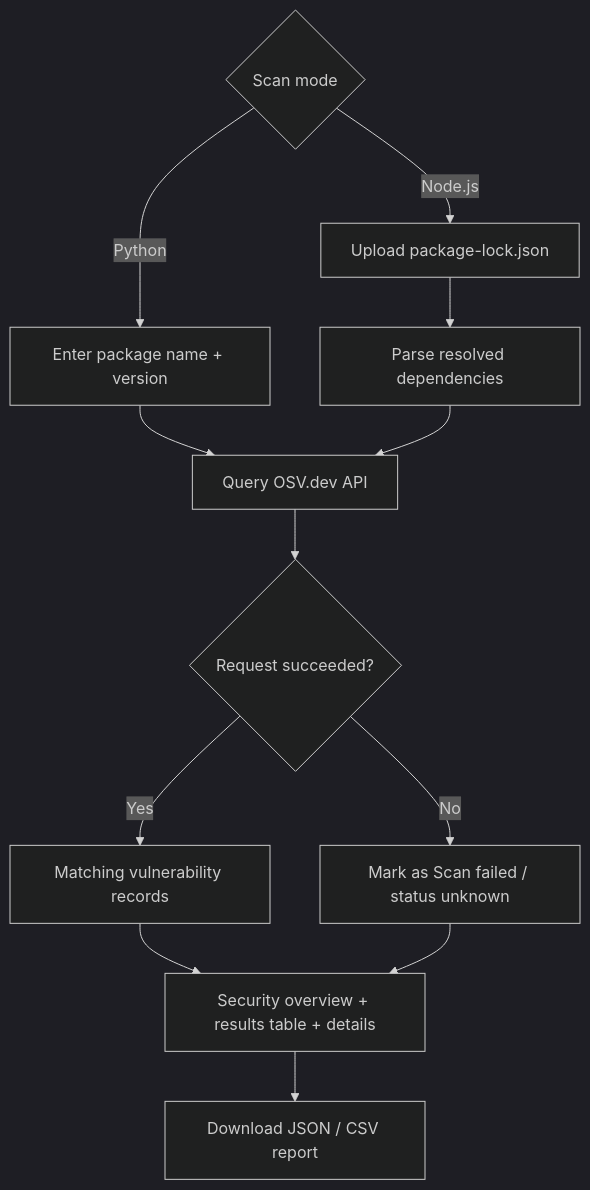
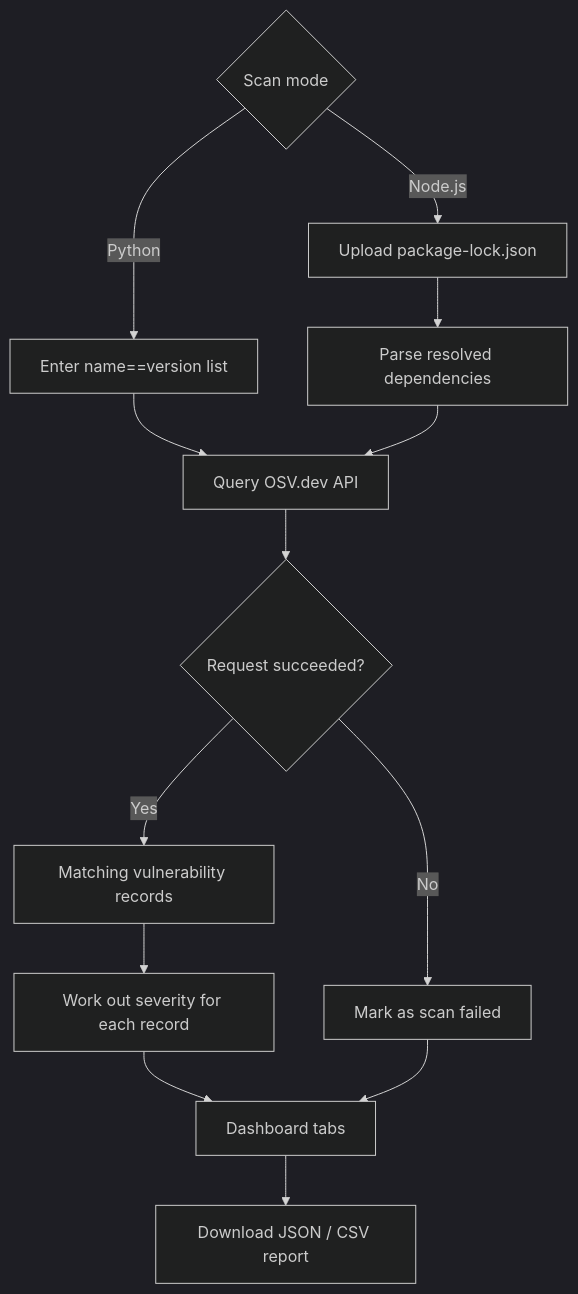
Before and after one commit to Nandanpatgar/DepenDency-Risk-RaDar: the diagram in README.md, drawn with Mermaid (dark theme). The commit also changed other lines of this file, not shown here.

````diff
--- a/README.md
+++ b/README.md
@@ -34,14 +28,15 @@
 ```mermaid
 flowchart TD
-    A{Scan mode} -->|Python| B[Enter package name + version]
+    A{Scan mode} -->|Python| B[Enter name==version list]
     A -->|Node.js| C[Upload package-lock.json]
     C --> D[Parse resolved dependencies]
     B --> E[Query OSV.dev API]
     D --> E
     E --> F{Request succeeded?}
     F -->|Yes| G[Matching vulnerability records]
-    F -->|No| H[Mark as Scan failed / status unknown]
-    G --> I[Security overview + results table + details]
-    H --> I
-    I --> J[Download JSON / CSV report]
+    F -->|No| H[Mark as scan failed]
+    G --> I[Work out severity for each record]
+    I --> J[Dashboard tabs]
+    H --> J
+    J --> K[Download JSON / CSV report]
 ```
````
